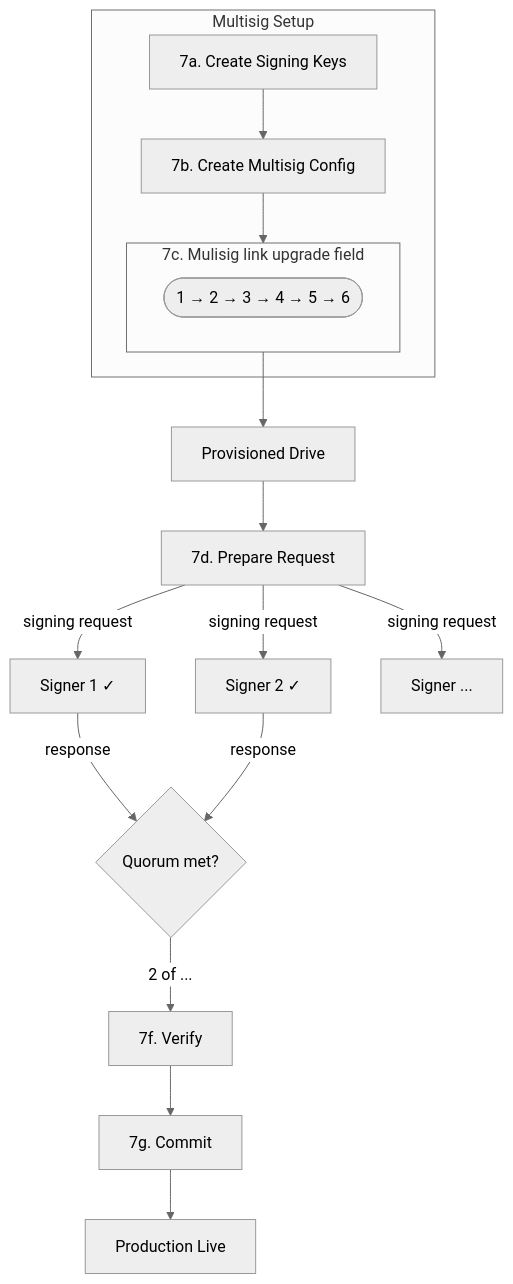
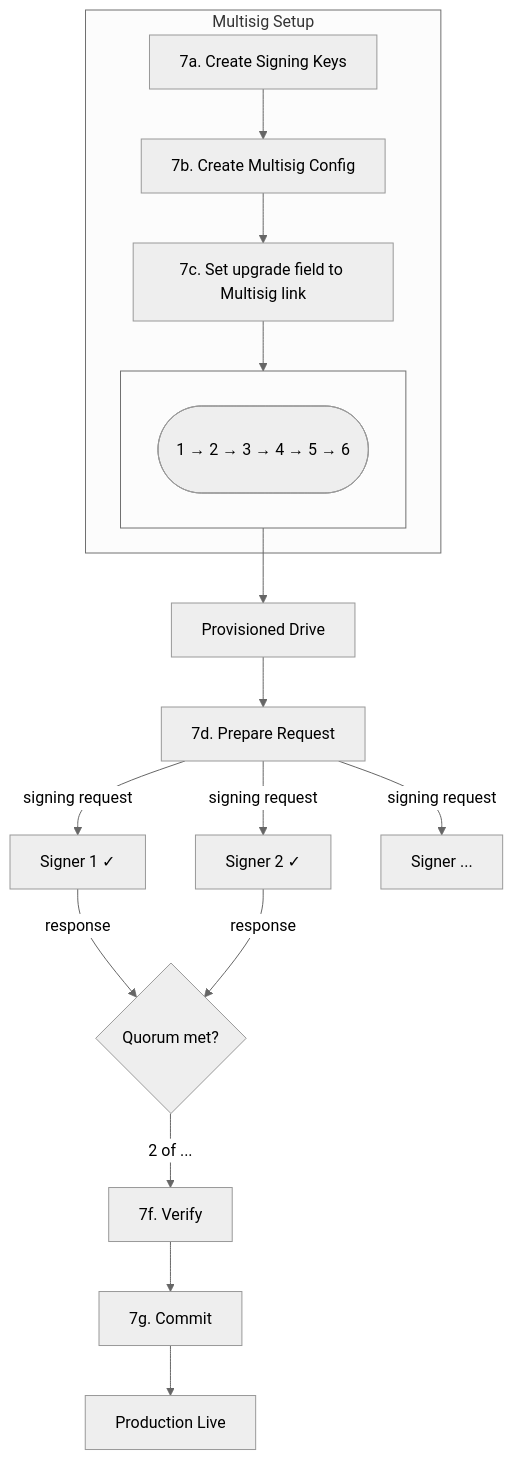
One commit to holepunchto/hello-pear-electron changed the sixth of 6 diagrams in README.md. Above: the diagram before and after it, drawn with Mermaid (neutral theme).

````diff
--- a/README.md
+++ b/README.md
@@ -692,22 +692,24 @@
 ```mermaid
 graph TD
     subgraph Multisig Setup
         K[7a. Create Signing Keys] --> C[7b. Create Multisig Config]
-        C --> L[7]
-        subgraph "7c. Mulisig link upgrade field"
+        C --> U[7]
+        U[7c. Set upgrade field to Multisig link]
+        U --> L
+        subgraph " "
             direction LR
-            L([1 → 2 → 3 → 4 → 5 → 6<br>])
+            L([<br>1 → 2 → 3 → 4 → 5 → 6<br>&nbsp;])
         end
     end
 
     L --> Prov[Provisioned Drive]
     Prov --> Req[7d. Prepare Request]
     Req -->|signing request| Sg1[Signer 1 ✓]
     Req -->|signing request| Sg2[Signer 2 ✓]
     Req -->|signing request| Sg3[Signer ...]
     Sg1 -->|response| Q{Quorum met?}
     Sg2 -->|response| Q
     Q -->|2 of ...| Ver[7f. Verify]
     Ver --> Com[7g. Commit]
     Com --> Live[Production Live]
 ```
````
